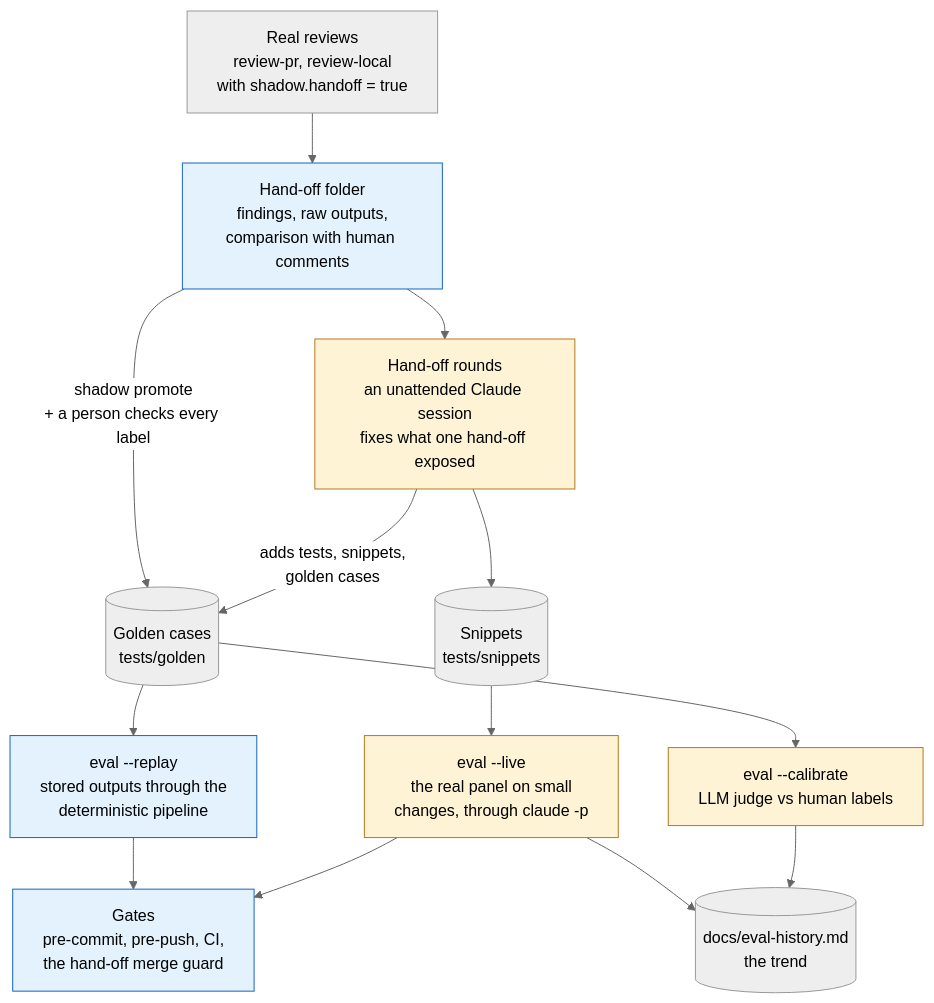
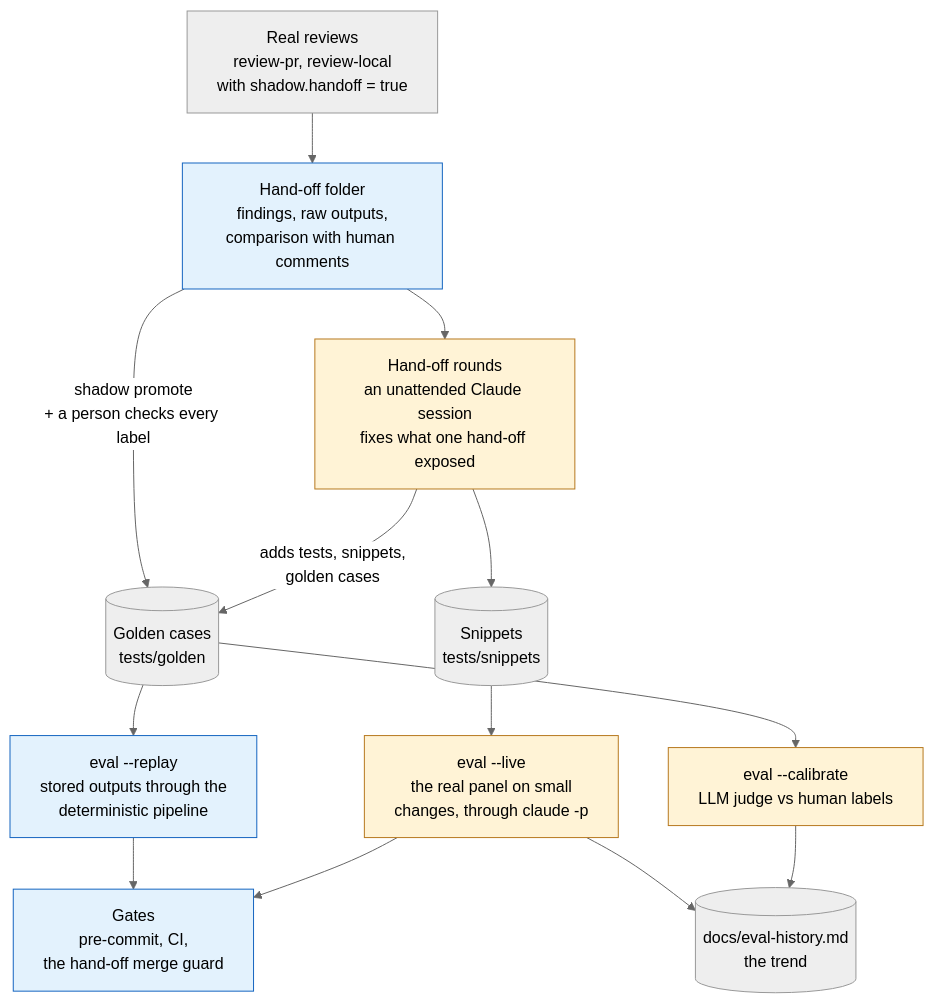
Before and after one commit to subhiandrews/codecheck: the diagram in docs/Evals.md, drawn with Mermaid (neutral theme). The commit also changed 6 other files, not shown here.

````diff
--- a/docs/Evals.md
+++ b/docs/Evals.md
@@ -9,22 +9,22 @@
 ```mermaid
 flowchart TD
     reviews["Real reviews<br/>review-pr, review-local<br/>with shadow.handoff = true"] --> handoff["Hand-off folder<br/>findings, raw outputs,<br/>comparison with human comments"]
     handoff -->|"shadow promote<br/>+ a person checks every label"| golden[("Golden cases<br/>tests/golden")]
     handoff --> rounds["Hand-off rounds<br/>an unattended Claude session<br/>fixes what one hand-off exposed"]
     rounds -->|"adds tests, snippets,<br/>golden cases"| golden
     rounds --> snippets[("Snippets<br/>tests/snippets")]
 
     golden --> replay["eval --replay<br/>stored outputs through the<br/>deterministic pipeline"]
     golden --> calibrate["eval --calibrate<br/>LLM judge vs human labels"]
     snippets --> live["eval --live<br/>the real panel on small<br/>changes, through claude -p"]
 
-    replay --> gates["Gates<br/>pre-commit, pre-push, CI,<br/>the hand-off merge guard"]
+    replay --> gates["Gates<br/>pre-commit, CI,<br/>the hand-off merge guard"]
     live --> gates
     live --> history[("docs/eval-history.md<br/>the trend")]
     calibrate --> history
 
     classDef llm fill:#fff3d6,stroke:#b7791f,color:#000
     classDef cli fill:#e3f2fd,stroke:#1565c0,color:#000
     class live,calibrate,rounds llm
     class replay,gates,handoff cli
 ```
````
